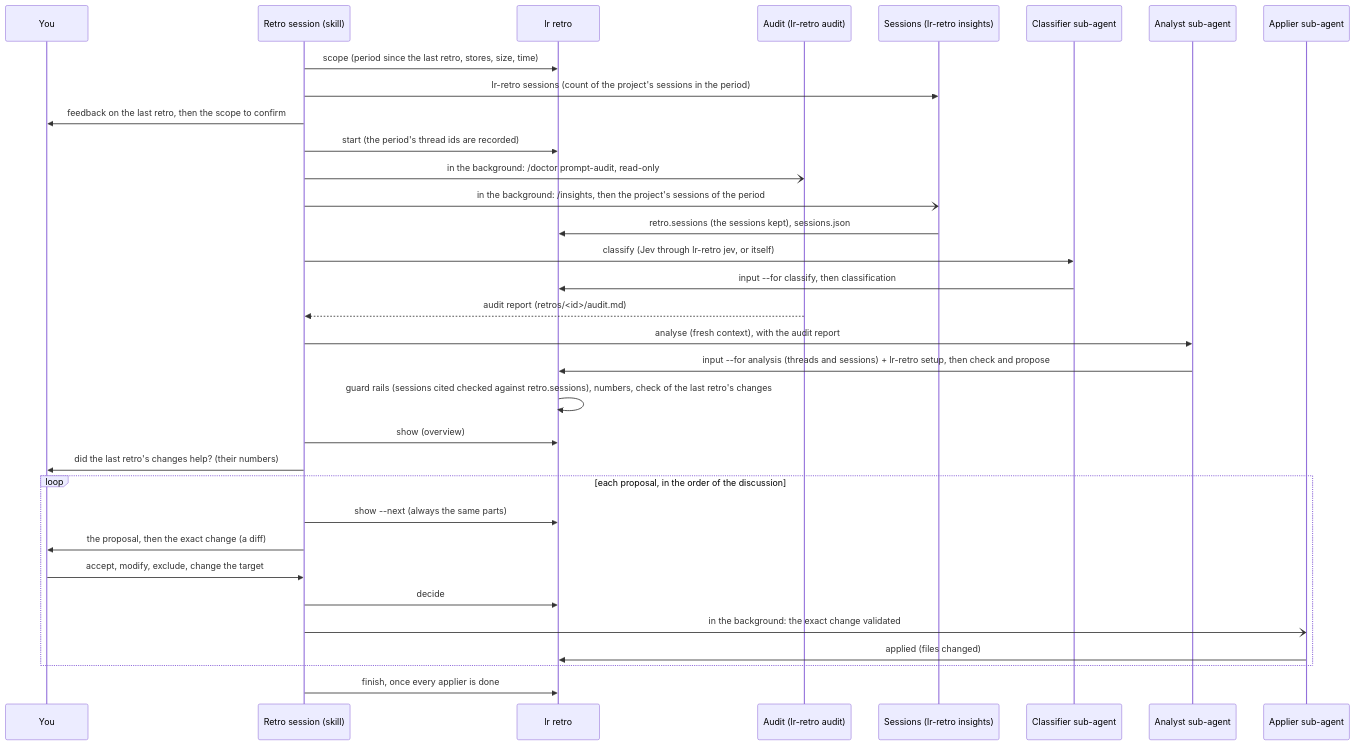
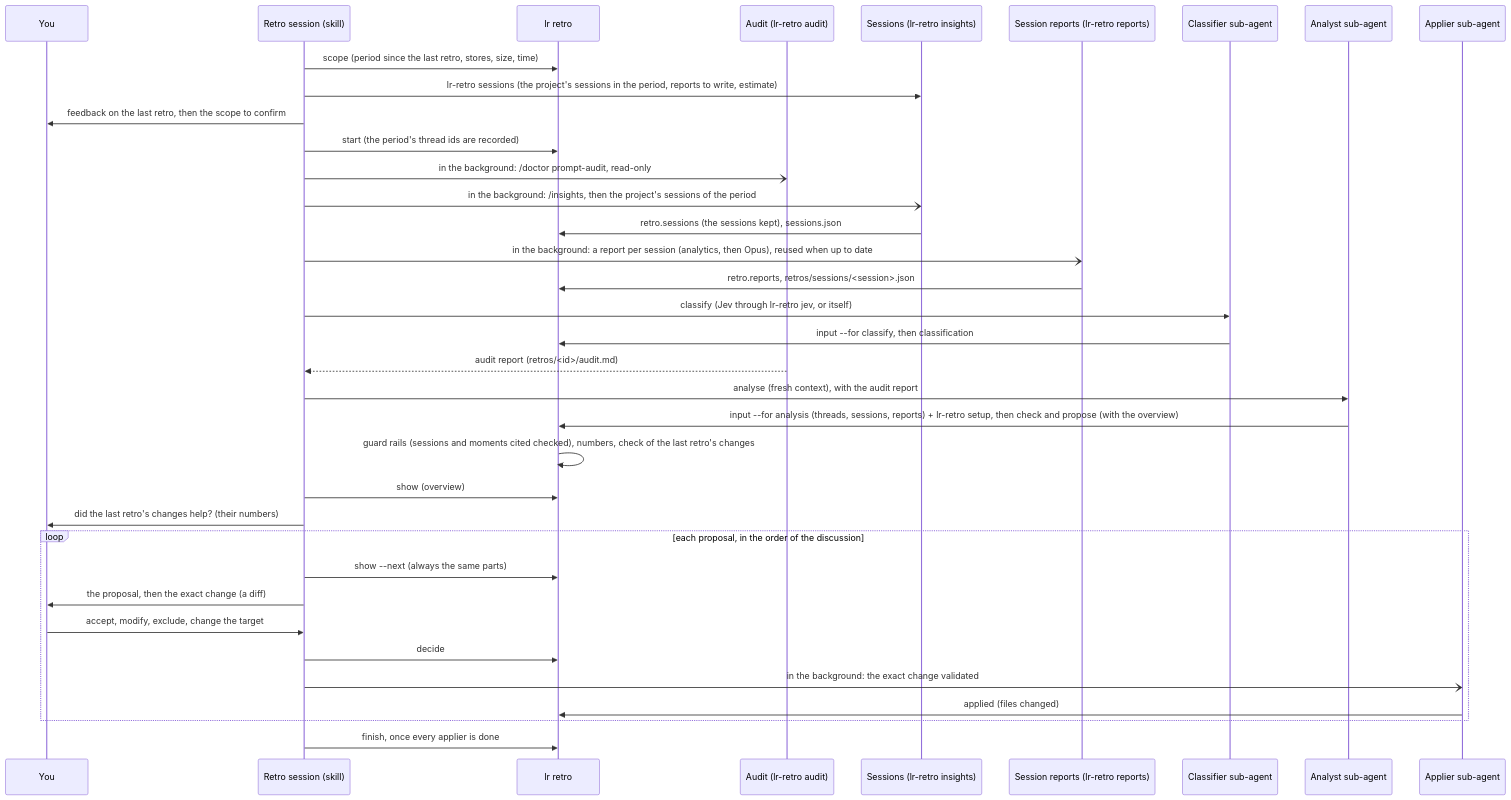
One commit to silykat/silykat changed the second of 3 diagrams in docs/architecture.md. Above: the diagram before and after it, drawn with Mermaid. The commit also changed other lines of this file and 2 other files, not shown here.

Commit message:
docs: describe the reports on the agent's sessions in retros

````diff
--- a/docs/architecture.md
+++ b/docs/architecture.md
@@ -109,35 +109,38 @@
 ```mermaid
 sequenceDiagram
   participant U as You
   participant S as Retro session (skill)
   participant L as lr retro
   participant D as Audit (lr-retro audit)
   participant I as Sessions (lr-retro insights)
+  participant R as Session reports (lr-retro reports)
   participant C as Classifier sub-agent
   participant A as Analyst sub-agent
   participant P as Applier sub-agent
   S->>L: scope (period since the last retro, stores, size, time)
-  S->>I: lr-retro sessions (count of the project's sessions in the period)
+  S->>I: lr-retro sessions (the project's sessions in the period, reports to write, estimate)
   S->>U: feedback on the last retro, then the scope to confirm
   S->>L: start (the period's thread ids are recorded)
   S-)D: in the background: /doctor prompt-audit, read-only
   S-)I: in the background: /insights, then the project's sessions of the period
   I->>L: retro.sessions (the sessions kept), sessions.json
+  S-)R: in the background: a report per session (analytics, then Opus), reused when up to date
+  R->>L: retro.reports, retros/sessions/<session>.json
   S->>C: classify (Jev through lr-retro jev, or itself)
   C->>L: input --for classify, then classification
   D-->>S: audit report (retros/<id>/audit.md)
   S->>A: analyse (fresh context), with the audit report
-  A->>L: input --for analysis (threads and sessions) + lr-retro setup, then check and propose
-  L->>L: guard rails (sessions cited checked against retro.sessions), numbers, check of the last retro's changes
+  A->>L: input --for analysis (threads, sessions, reports) + lr-retro setup, then check and propose (with the overview)
+  L->>L: guard rails (sessions and moments cited checked), numbers, check of the last retro's changes
   S->>L: show (overview)
   S->>U: did the last retro's changes help? (their numbers)
   loop each proposal, in the order of the discussion
     S->>L: show --next (always the same parts)
     S->>U: the proposal, then the exact change (a diff)
     U->>S: accept, modify, exclude, change the target
     S->>L: decide
     S-)P: in the background: the exact change validated
     P->>L: applied (files changed)
   end
   S->>L: finish, once every applier is done
 ```
````
